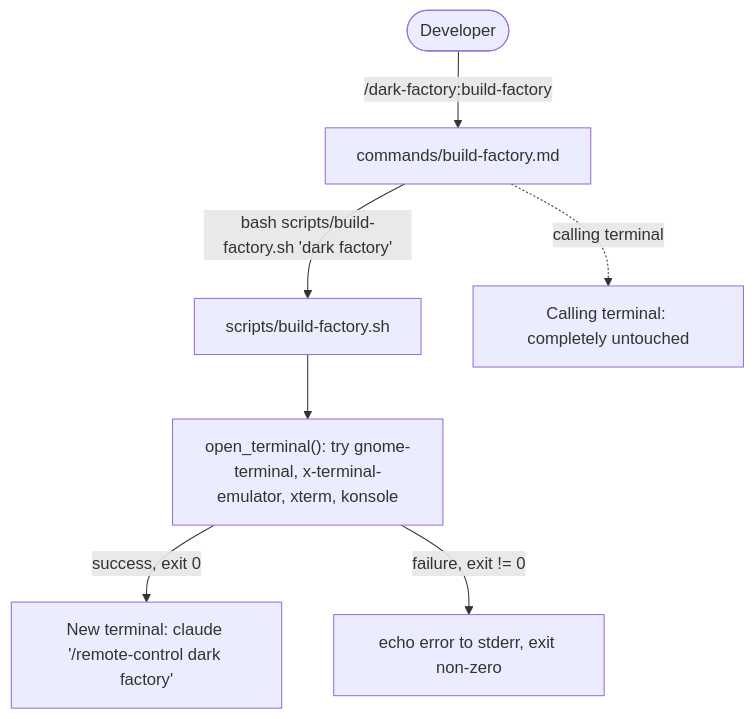
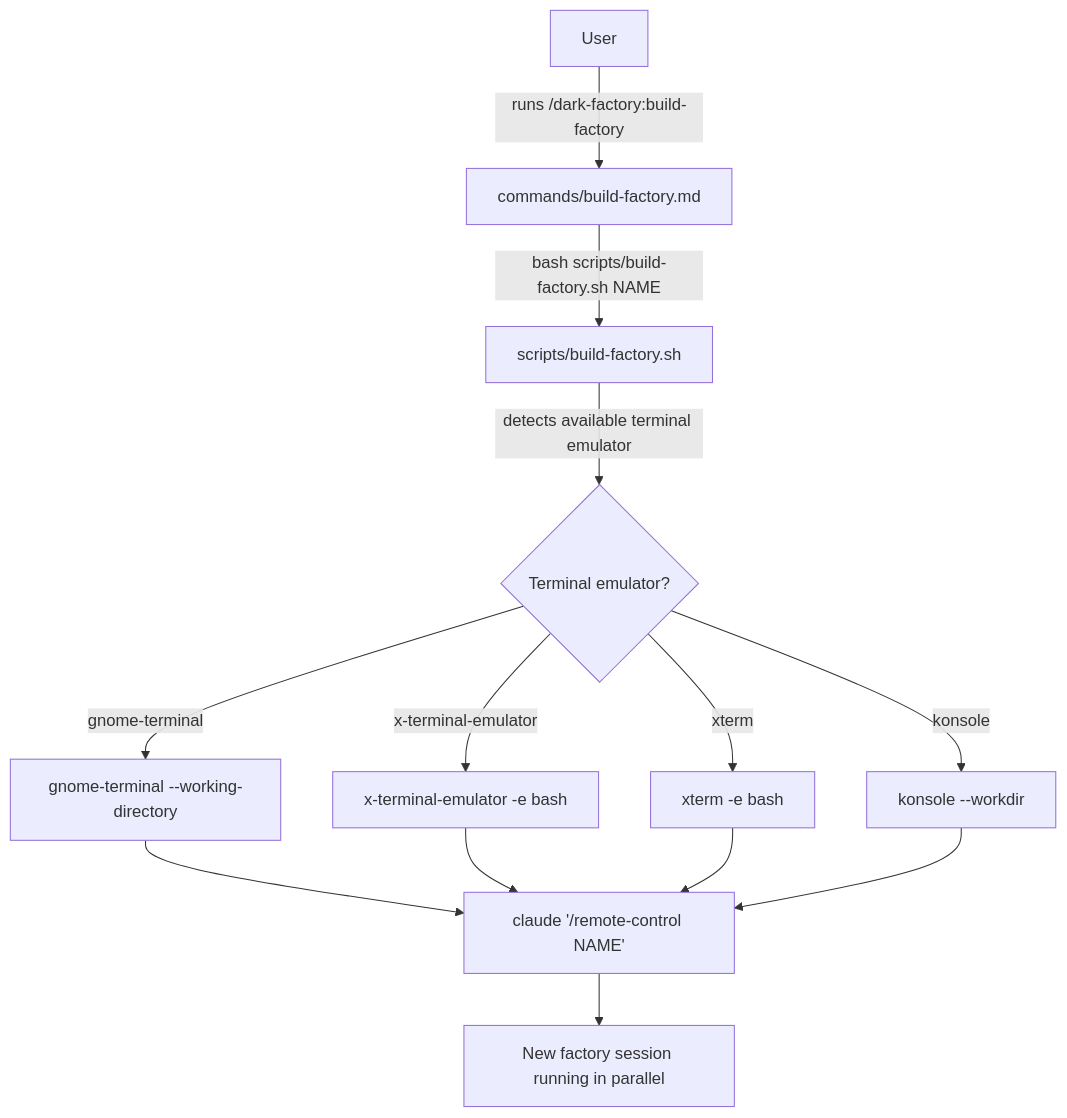
Before and after one commit to lewibs/dark-factory: the diagram in docs/docs/build-factory.md, drawn with Mermaid. The commit also changed other lines of this file and 23 other files, not shown here.

````diff
--- a/docs/docs/build-factory.md
+++ b/docs/docs/build-factory.md
@@ -18,9 +13,15 @@
 ```mermaid
 flowchart TD
-  Dev([Developer]) -->|"/dark-factory:build-factory"| CMD["commands/build-factory.md"]
-  CMD -->|"bash scripts/build-factory.sh 'dark factory'"| Script["scripts/build-factory.sh"]
-  Script --> OpenTerminal["open_terminal(): try gnome-terminal, x-terminal-emulator, xterm, konsole"]
-  OpenTerminal -->|"success, exit 0"| NewSession["New terminal: claude '/remote-control dark factory'"]
-  OpenTerminal -->|"failure, exit != 0"| Error["echo error to stderr, exit non-zero"]
-  CMD -.->|"calling terminal"| Untouched["Calling terminal: completely untouched"]
+  User[User] -->|runs /dark-factory:build-factory| Command[commands/build-factory.md]
+  Command -->|bash scripts/build-factory.sh NAME| Script[scripts/build-factory.sh]
+  Script -->|detects available terminal emulator| Detect{Terminal emulator?}
+  Detect -->|gnome-terminal| GnomeTerminal[gnome-terminal --working-directory]
+  Detect -->|x-terminal-emulator| XTE[x-terminal-emulator -e bash]
+  Detect -->|xterm| Xterm[xterm -e bash]
+  Detect -->|konsole| Konsole[konsole --workdir]
+  GnomeTerminal --> RC[claude '/remote-control NAME']
+  XTE --> RC
+  Xterm --> RC
+  Konsole --> RC
+  RC --> FactorySession[New factory session running in parallel]
 ```
````
